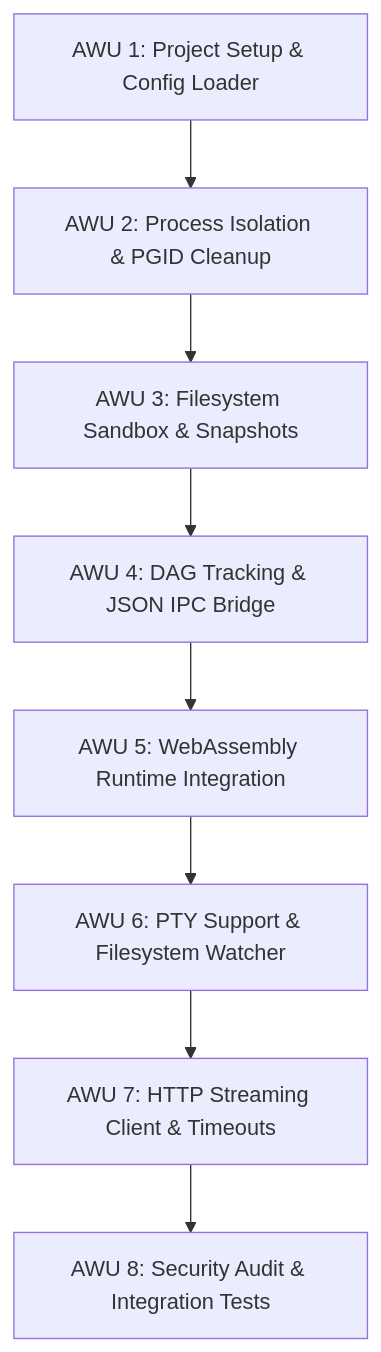
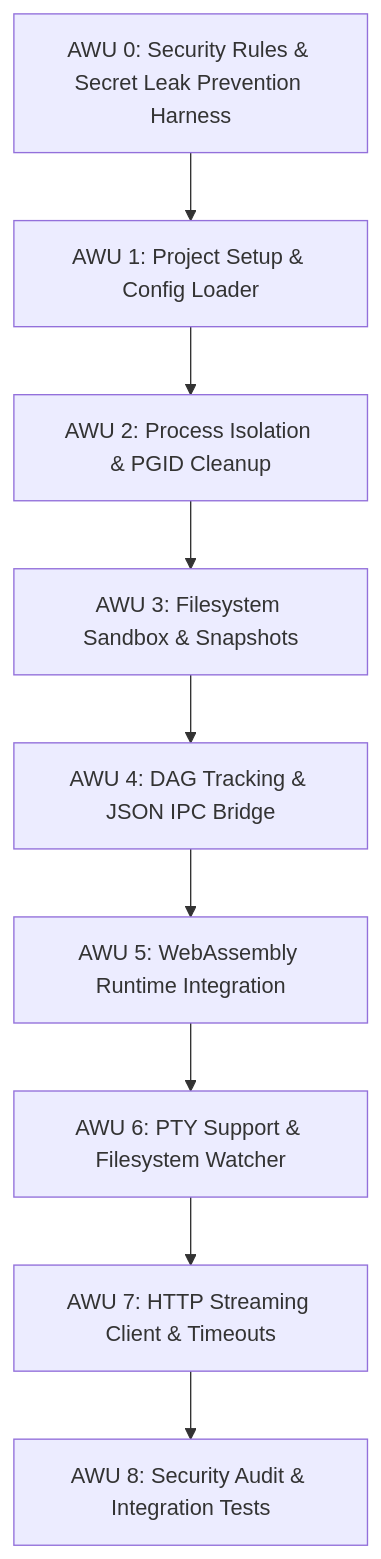
Before and after one commit to akahmys/rad: the diagram in PLANS.md, drawn with Mermaid. The commit also changed other lines of this file and 5 other files, not shown here.

Commit message:
feat(security): add secret and absolute path leak prevention rules and check harness

````diff
--- a/PLANS.md
+++ b/PLANS.md
@@ -10,10 +10,11 @@
 ```mermaid
 graph TD
-    AWU1[AWU 1: Project Setup & Config Loader] --> AWU2[AWU 2: Process Isolation & PGID Cleanup]
+    AWU0[AWU 0: Security Rules & Secret Leak Prevention Harness] --> AWU1[AWU 1: Project Setup & Config Loader]
+    AWU1 --> AWU2[AWU 2: Process Isolation & PGID Cleanup]
     AWU2 --> AWU3[AWU 3: Filesystem Sandbox & Snapshots]
     AWU3 --> AWU4[AWU 4: DAG Tracking & JSON IPC Bridge]
     AWU4 --> AWU5[AWU 5: WebAssembly Runtime Integration]
     AWU5 --> AWU6[AWU 6: PTY Support & Filesystem Watcher]
     AWU6 --> AWU7[AWU 7: HTTP Streaming Client & Timeouts]
     AWU7 --> AWU8[AWU 8: Security Audit & Integration Tests]
 ```
````
